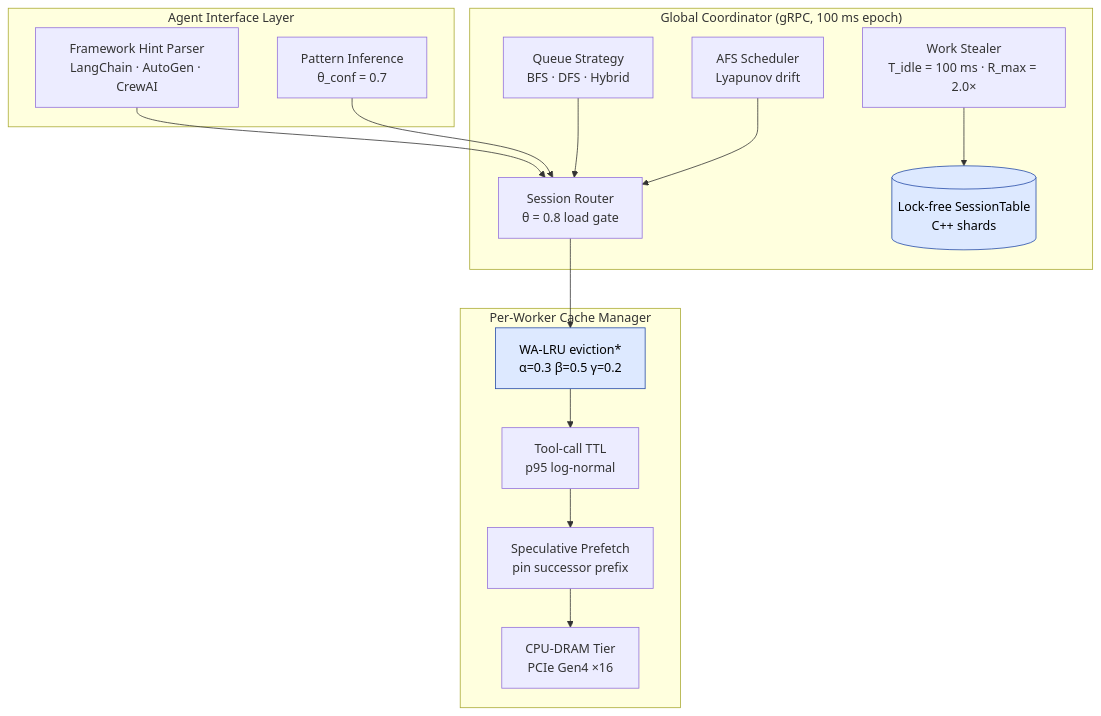
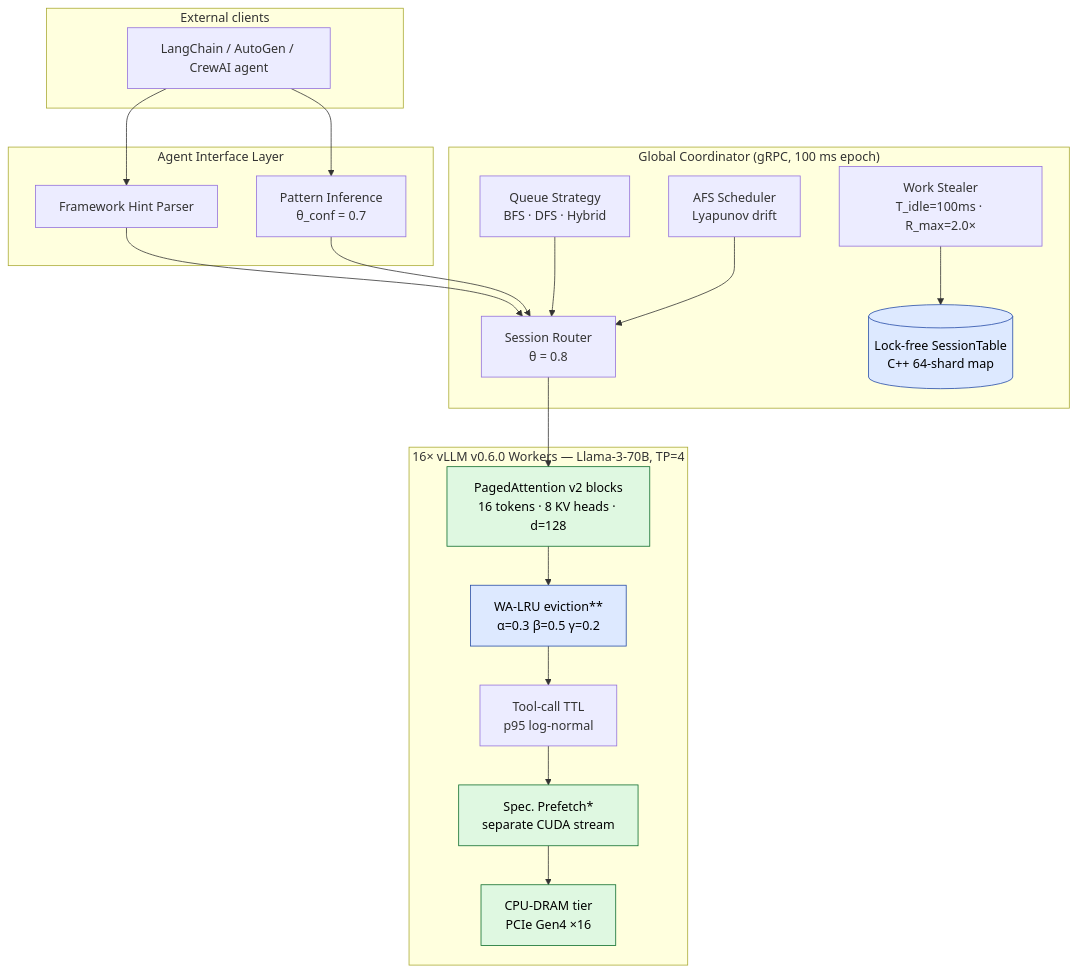
Before and after one commit to researchartifacts2025/SAGA: the diagram in README.md, drawn with Mermaid. The commit also changed other lines of this file and 37 other files, not shown here.

````diff
--- a/README.md
+++ b/README.md
@@ -118,33 +171,42 @@
 ```mermaid
 flowchart TB
+    subgraph L0["External clients"]
+        AGENTS[LangChain / AutoGen / CrewAI agent]
+    end
+
     subgraph L1["Agent Interface Layer"]
-        FH[Framework Hint Parser<br/>LangChain · AutoGen · CrewAI]
+        FH[Framework Hint Parser]
         PI[Pattern Inference<br/>θ_conf = 0.7]
     end
 
-    subgraph L2["Global Coordinator (gRPC, 100 ms epoch)"]
-        SR[Session Router<br/>θ = 0.8 load gate]
-        WS[Work Stealer<br/>T_idle = 100 ms · R_max = 2.0×]
+    subgraph L2["Global Coordinator  (gRPC, 100 ms epoch)"]
+        SR[Session Router<br/>θ = 0.8]
+        WS[Work Stealer<br/>T_idle=100ms · R_max=2.0×]
         QS[Queue Strategy<br/>BFS · DFS · Hybrid]
         AFS[AFS Scheduler<br/>Lyapunov drift]
-        ST[(Lock-free SessionTable<br/>C++ shards)]
+        ST[(Lock-free SessionTable<br/>C++ 64-shard map)]
     end
 
-    subgraph L3["Per-Worker Cache Manager"]
-        WA[WA-LRU eviction*<br/>α=0.3  β=0.5  γ=0.2]
+    subgraph L3["16× vLLM v0.6.0 Workers — Llama-3-70B, TP=4"]
+        WA[WA-LRU eviction**<br/>α=0.3 β=0.5 γ=0.2]
         TTL[Tool-call TTL<br/>p95 log-normal]
-        SP[Speculative Prefetch<br/>pin successor prefix]
-        DRAM[CPU-DRAM Tier<br/>PCIe Gen4 ×16]
+        SP[Spec. Prefetch*<br/>separate CUDA stream]
+        DRAM[CPU-DRAM tier<br/>PCIe Gen4 ×16]
+        PA["PagedAttention v2 blocks<br/>16 tokens · 8 KV heads · d=128"]
     end
 
+    AGENTS --> FH
+    AGENTS --> PI
     FH --> SR
     PI --> SR
-    SR --> WA
+    SR --> PA
+    QS --> SR
     WS --> ST
-    QS --> SR
     AFS --> SR
-    WA --> TTL --> SP --> DRAM
+    PA --> WA --> TTL --> SP --> DRAM
 
     classDef native fill:#dde9ff,stroke:#244aa6,color:#000
+    classDef cuda fill:#dff8e1,stroke:#0a6b2a,color:#000
     class WA,ST native
+    class SP,PA,DRAM cuda
 ```
````
